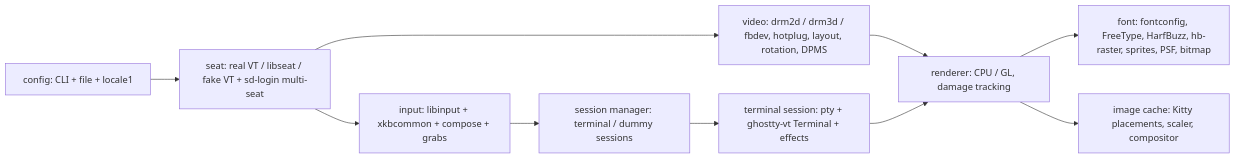
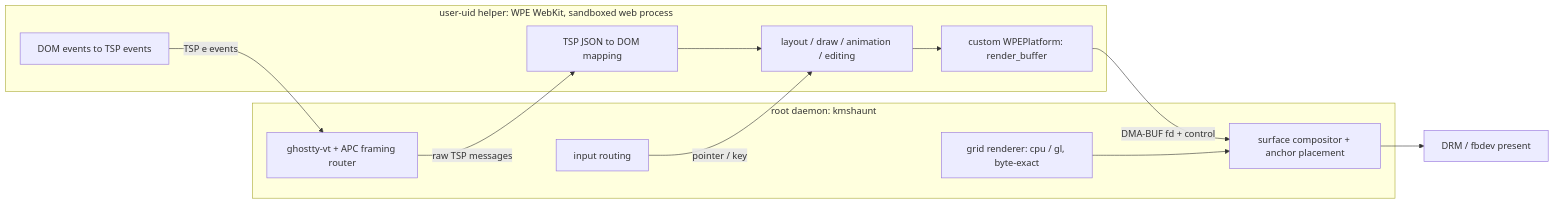
One commit to nilp0inter/kmshaunt changed the first of 2 diagrams in ROADMAP.md. Above: the diagram before and after it, drawn with Mermaid. The commit also changed other lines of this file and 1 other file, not shown here.

Commit message:
doc(roadmap): tsp roadmap

````diff
--- a/ROADMAP.md
+++ b/ROADMAP.md
@@ -51,12 +86,22 @@
 ```mermaid
 flowchart LR
-  cfg[config: CLI + file + locale1] --> seat
-  seat[seat: real VT / libseat / fake VT + sd-login multi-seat] --> video
-  seat --> input
-  video[video: drm2d / drm3d / fbdev, hotplug, layout, rotation, DPMS] --> render
-  input[input: libinput + xkbcommon + compose + grabs] --> sessions
-  sessions[session manager: terminal / dummy sessions] --> term
-  term[terminal session: pty + ghostty-vt Terminal + effects] --> render
-  render[renderer: CPU / GL, damage tracking] --> font[font: fontconfig, FreeType, HarfBuzz, hb-raster, sprites, PSF, bitmap]
-  render --> img[image cache: Kitty placements, scaler, compositor]
+  subgraph root [root daemon: kmshaunt]
+    vt[ghostty-vt + APC framing router]
+    grid[grid renderer: cpu / gl, byte-exact]
+    comp[surface compositor + anchor placement]
+    inroute[input routing]
+  end
+  subgraph helper [user-uid helper: WPE WebKit, sandboxed web process]
+    map[TSP JSON to DOM mapping]
+    engine[layout / draw / animation / editing]
+    plat[custom WPEPlatform: render_buffer]
+    bridge[DOM events to TSP events]
+  end
+  vt -->|raw TSP messages| map
+  map --> engine --> plat
+  plat -->|DMA-BUF fd + control| comp
+  bridge -->|TSP e events| vt
+  inroute -->|pointer / key| engine
+  grid --> comp
+  comp --> out[DRM / fbdev present]
 ```
````
